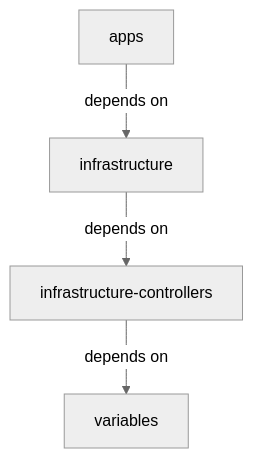
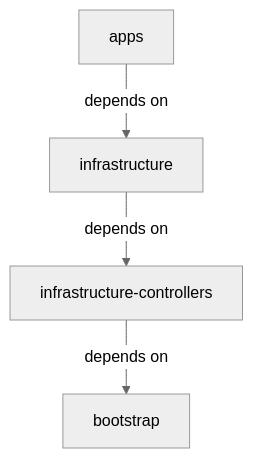
The second of 2 diagrams in README.md (devantler-tech/platform), drawn with Mermaid (neutral theme) before and after one commit. The commit also changed other lines of this file and 3 other files, not shown here.

First line of the commit message:
docs: align variables→bootstrap references with #1684

````diff
--- a/README.md
+++ b/README.md
@@ -138,11 +138,11 @@
 ```mermaid
 graph TB
-  variables["variables"]
+  bootstrap["bootstrap"]
   controllers["infrastructure-controllers"]
   infra["infrastructure"]
   apps["apps"]
 
-  controllers -- "depends on" --> variables
+  controllers -- "depends on" --> bootstrap
   infra -- "depends on" --> controllers
   apps -- "depends on" --> infra
 ```
````
